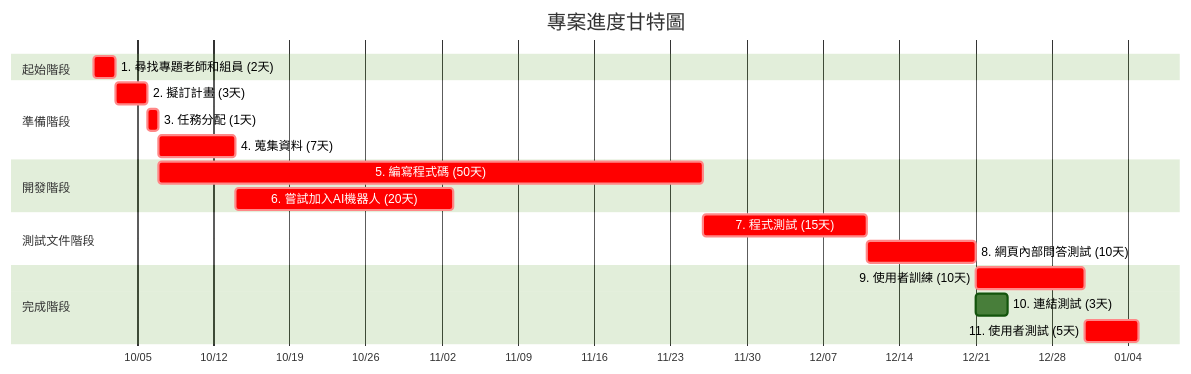
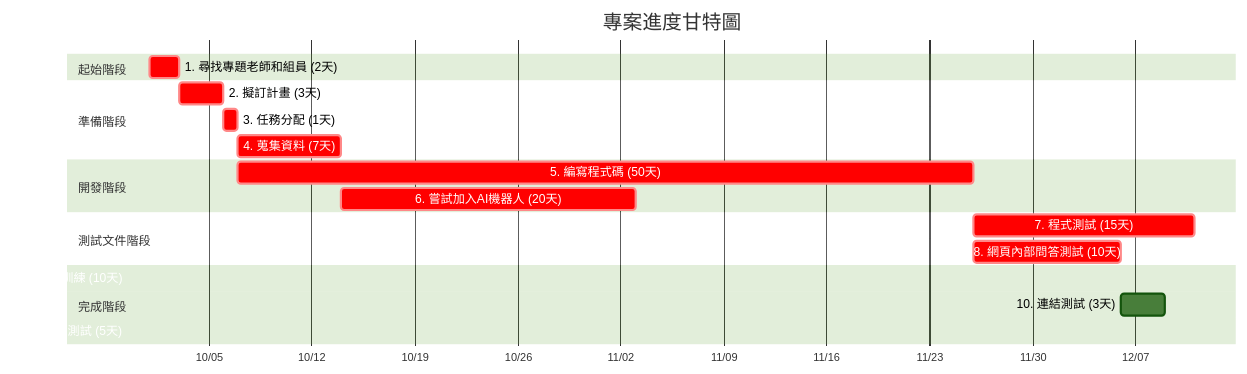
One commit to c112118202-droid/- changed the second of 2 diagrams in hw2.md. Above: the diagram before and after it, drawn with Mermaid (forest theme).

````diff
--- a/hw2.md
+++ b/hw2.md
@@ -29,27 +29,27 @@
 ```mermaid
 gantt
     title 專案進度甘特圖
     dateFormat YYYY-MM-DD
     axisFormat %m/%d
     
     section 起始階段
     1. 尋找專題老師和組員 (2天)     :crit, m1, 2025-10-01, 2d
     
     section 準備階段
     2. 擬訂計畫 (3天)     :crit, m2, after m1, 3d
     3. 任務分配 (1天)    :crit, m3, after m2, 1d
     4. 蒐集資料 (7天)    :crit, m4, after m3, 7d
 
     section 開發階段
     5. 編寫程式碼 (50天)    :crit, m5, after m3, 50d
     6. 嘗試加入AI機器人 (20天)    :crit, m6, after m4, 20d
     
     section 測試文件階段
     7. 程式測試 (15天)    :crit, m7, after m5, 15d
-    8. 網頁內部問答測試 (10天) :crit, m8, after m7, 10d
+    8. 網頁內部問答測試 (10天) :crit, m7, after m5, 10d
         
     section 完成階段
-    9. 使用者訓練 (10天)    :crit, m9, after m8, 10d
+    9. 使用者訓練 (10天)    :crit, m8, after m8, 10d
     10. 連結測試 (3天)  :m10, after m7 m8, 3d
     11. 使用者測試 (5天)  :crit, m11, after m9 m10, 5d
 ```
````
